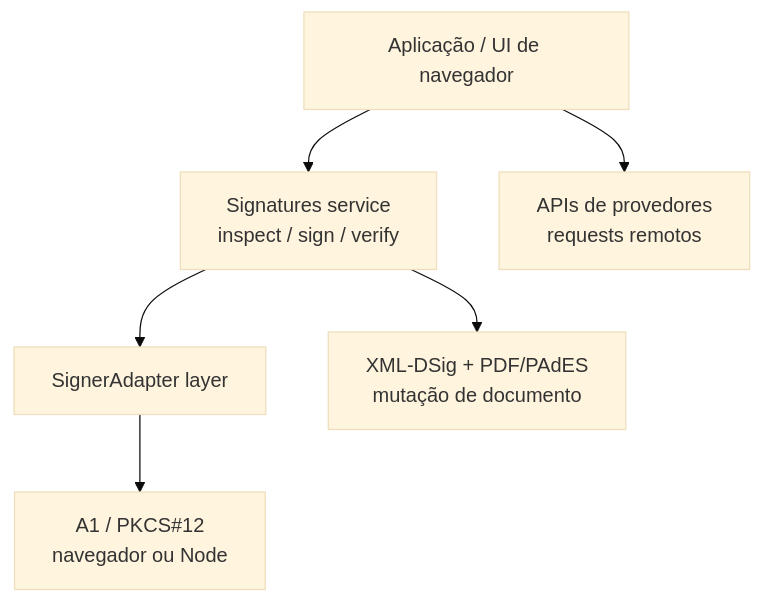
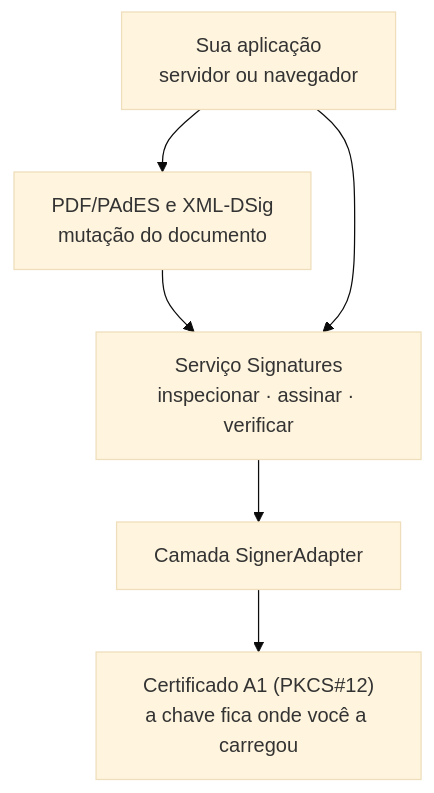
The diagram in apps/docs/content/docs/index.mdx (Licitei/signature-kit), drawn with Mermaid (base theme) before and after one commit. The commit also changed other lines of this file and 53 other files, not shown here.

````diff
--- a/apps/docs/content/docs/index.mdx
+++ b/apps/docs/content/docs/index.mdx
@@ -11,15 +11,14 @@
 ```mermaid
 flowchart TD
-  app["Aplicação / UI de navegador"]
-  service["Signatures service<br/>inspect / sign / verify"]
-  adapter["SignerAdapter layer"]
-  a1["A1 / PKCS#12<br/>navegador ou Node"]
-  formats["XML-DSig + PDF/PAdES<br/>mutação de documento"]
-  providers["APIs de provedores<br/>requests remotos"]
+  app["Sua aplicação<br/>servidor ou navegador"]
+  service["Serviço Signatures<br/>inspecionar · assinar · verificar"]
+  adapter["Camada SignerAdapter"]
+  a1["Certificado A1 (PKCS#12)<br/>a chave fica onde você a carregou"]
+  formats["PDF/PAdES e XML-DSig<br/>mutação do documento"]
 
+  app --> formats
+  formats --> service
   app --> service
   service --> adapter
   adapter --> a1
-  service --> formats
-  app --> providers
 ```
````
